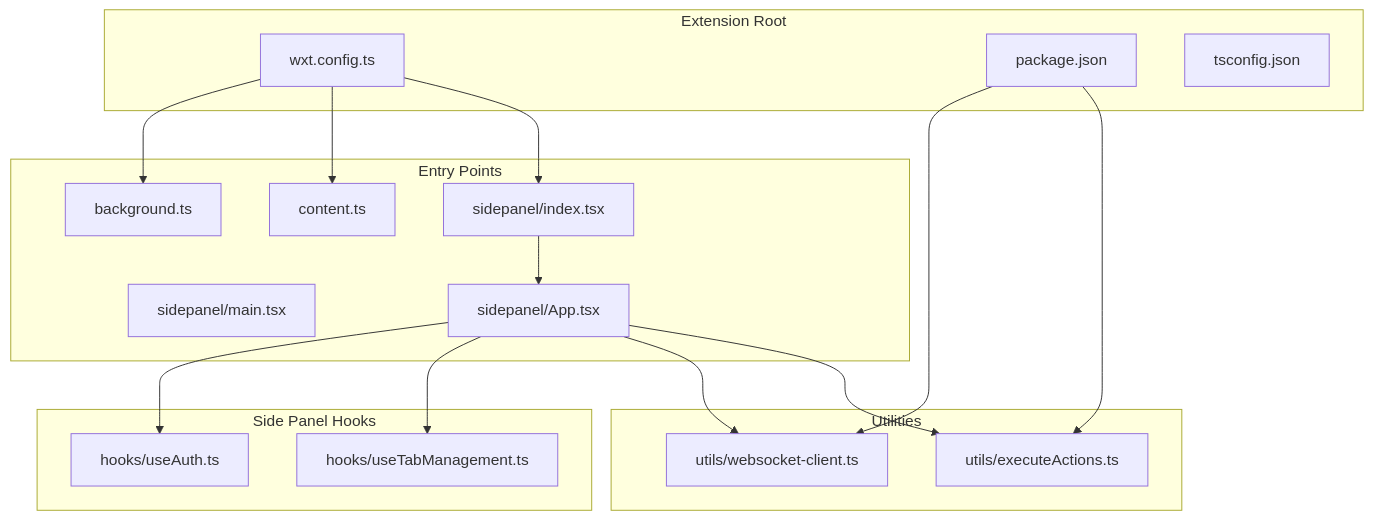
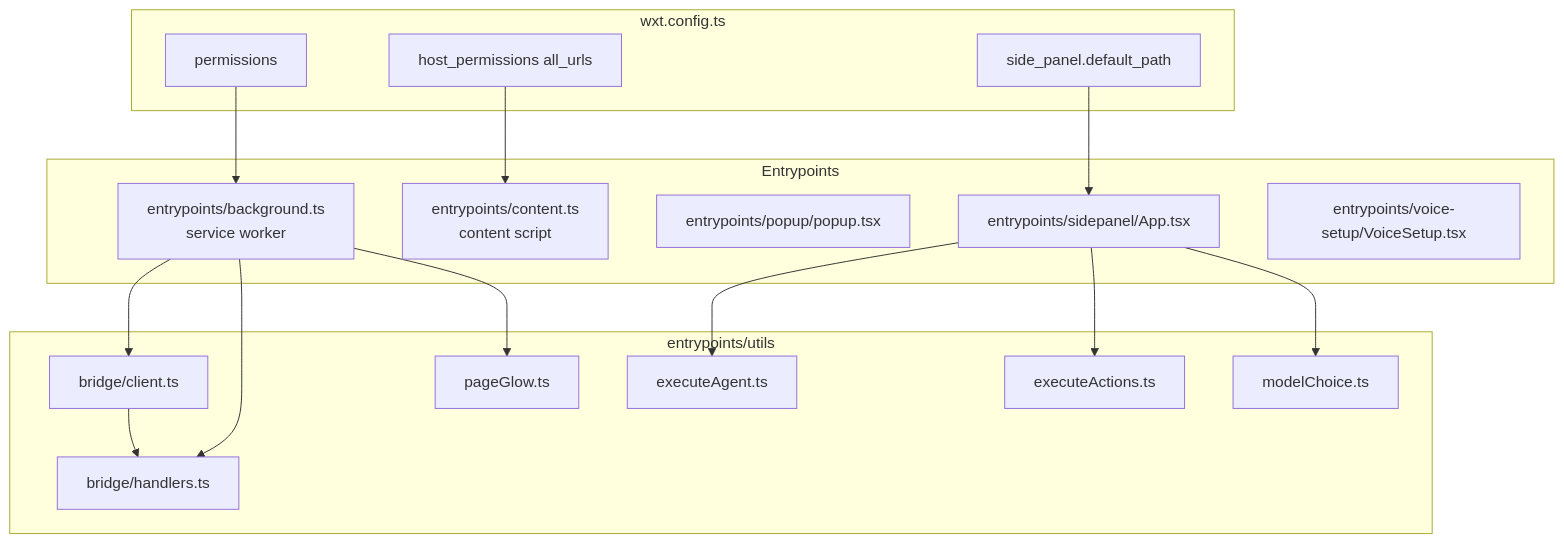
One commit to tashifkhan/tashif.codes changed the first of 6 diagrams in src/data/docs/agentic-browser/Browser Extension/Extension Architecture.md. Above: the diagram before and after it, drawn with Mermaid. The commit also changed other lines of this file and 114 other files, not shown here.

````diff
--- a/src/data/docs/agentic-browser/Browser Extension/Extension Architecture.md
+++ b/src/data/docs/agentic-browser/Browser Extension/Extension Architecture.md
@@ -14,33 +15,33 @@
 ```mermaid
 graph TB
-subgraph "Extension Root"
-CFG["wxt.config.ts"]
-PKG["package.json"]
-TS["tsconfig.json"]
-end
-subgraph "Entry Points"
-BG["background.ts"]
-CT["content.ts"]
-SP_IDX["sidepanel/index.tsx"]
-SP_MAIN["sidepanel/main.tsx"]
-APP["sidepanel/App.tsx"]
-end
-subgraph "Side Panel Hooks"
-AUTH["hooks/useAuth.ts"]
-TABS["hooks/useTabManagement.ts"]
-end
-subgraph "Utilities"
-WS["utils/websocket-client.ts"]
-EXE["utils/executeActions.ts"]
-end
-CFG --> BG
-CFG --> CT
-CFG --> SP_IDX
-SP_IDX --> APP
-APP --> AUTH
-APP --> TABS
-APP --> WS
-APP --> EXE
-PKG --> WS
-PKG --> EXE
+  subgraph Entrypoints
+    BG["entrypoints/background.ts<br/>service worker"]
+    CT["entrypoints/content.ts<br/>content script"]
+    PU["entrypoints/popup/popup.tsx"]
+    SP["entrypoints/sidepanel/App.tsx"]
+    VS["entrypoints/voice-setup/VoiceSetup.tsx"]
+  end
+  subgraph Utils["entrypoints/utils"]
+    BC["bridge/client.ts"]
+    BH["bridge/handlers.ts"]
+    PG["pageGlow.ts"]
+    EX["executeAgent.ts"]
+    EA["executeActions.ts"]
+    MC["modelChoice.ts"]
+  end
+  subgraph Manifest["wxt.config.ts"]
+    MP["permissions"]
+    HP["host_permissions all_urls"]
+    SPP["side_panel.default_path"]
+  end
+  BG --> BC
+  BG --> BH
+  BG --> PG
+  BC --> BH
+  SP --> EX
+  SP --> EA
+  SP --> MC
+  MP --> BG
+  HP --> CT
+  SPP --> SP
 ```
````
